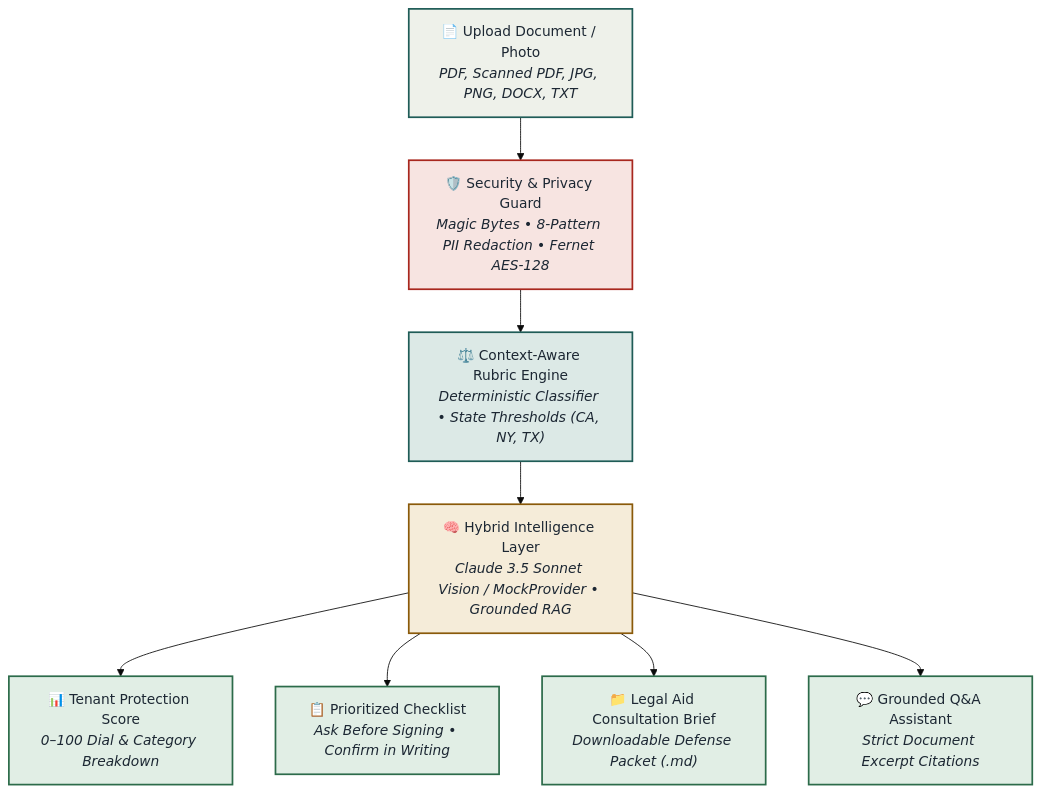
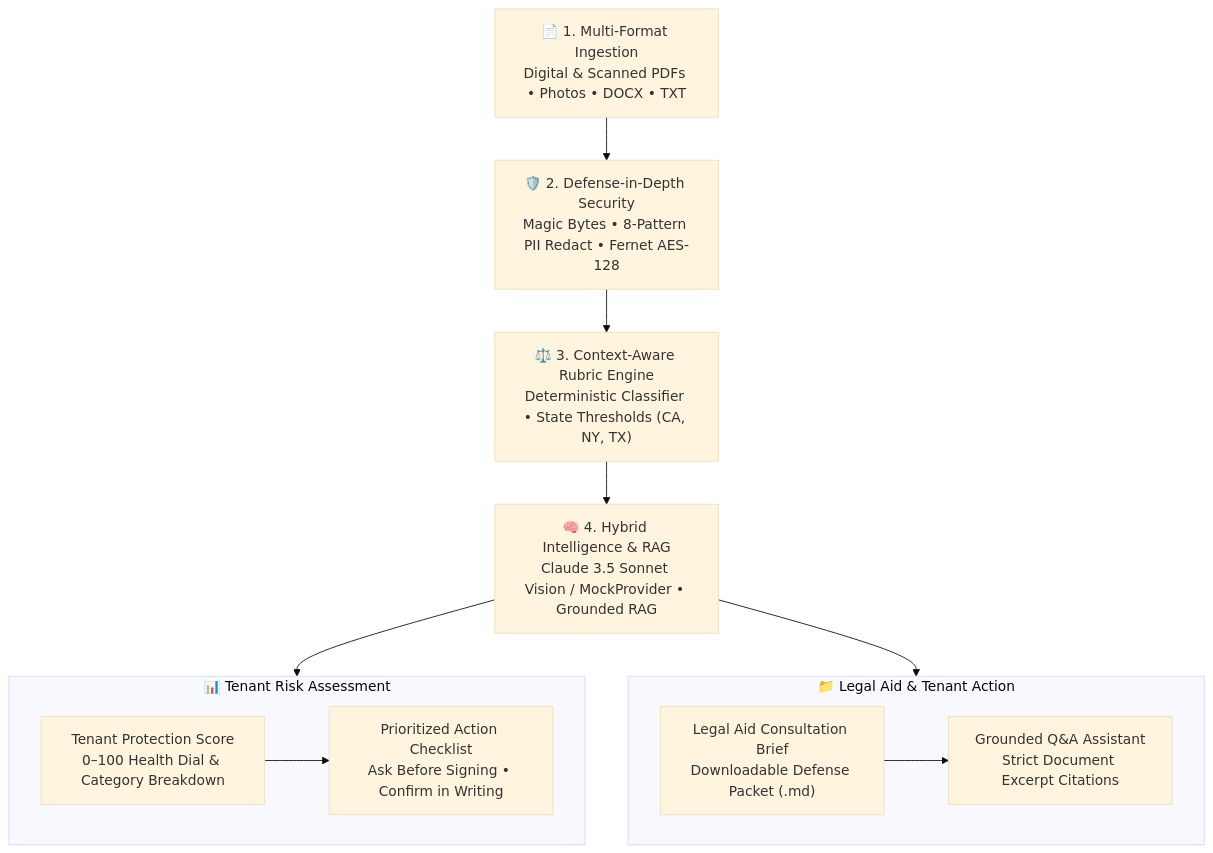
One commit to MSGitHub127/LeaseLens changed the diagram in README.md. Above: the diagram before and after it, drawn with Mermaid (base theme). The commit also changed other lines of this file and 1 other file, not shown here.

Commit message:
docs: fix dark mode diagram contrast, compact deliverable layout, and add vector architecture graphic

````diff
--- a/README.md
+++ b/README.md
@@ -88,20 +51,21 @@
 ```mermaid
-graph TD
-    A["📄 Upload Document / Photo<br/><i>PDF, Scanned PDF, JPG, PNG, DOCX, TXT</i>"] --> B["🛡️ Security & Privacy Guard<br/><i>Magic Bytes • 8-Pattern PII Redaction • Fernet AES-128</i>"]
-    B --> C["⚖️ Context-Aware Rubric Engine<br/><i>Deterministic Classifier • State Thresholds (CA, NY, TX)</i>"]
-    C --> D["🧠 Hybrid Intelligence Layer<br/><i>Claude 3.5 Sonnet Vision / MockProvider • Grounded RAG</i>"]
-    
-    D --> E1["📊 Tenant Protection Score<br/><i>0–100 Dial & Category Breakdown</i>"]
-    D --> E2["📋 Prioritized Checklist<br/><i>Ask Before Signing • Confirm in Writing</i>"]
-    D --> E3["📁 Legal Aid Consultation Brief<br/><i>Downloadable Defense Packet (.md)</i>"]
-    D --> E4["💬 Grounded Q&A Assistant<br/><i>Strict Document Excerpt Citations</i>"]
+flowchart TD
+    A["📄 1. Multi-Format Ingestion<br/>Digital & Scanned PDFs • Photos • DOCX • TXT"] --> B["🛡️ 2. Defense-in-Depth Security<br/>Magic Bytes • 8-Pattern PII Redact • Fernet AES-128"]
+    B --> C["⚖️ 3. Context-Aware Rubric Engine<br/>Deterministic Classifier • State Thresholds (CA, NY, TX)"]
+    C --> D["🧠 4. Hybrid Intelligence & RAG<br/>Claude 3.5 Sonnet Vision / MockProvider • Grounded RAG"]
 
-    style A fill:#EEF1EA,stroke:#1F5C57,stroke-width:2px,color:#1C2733
-    style B fill:#F7E4E1,stroke:#A8271E,stroke-width:2px,color:#1C2733
-    style C fill:#DCE9E6,stroke:#1F5C57,stroke-width:2px,color:#1C2733
-    style D fill:#F5ECD9,stroke:#8A5A0A,stroke-width:2px,color:#1C2733
-    style E1 fill:#E1EEE5,stroke:#2C6B4A,stroke-width:2px,color:#1C2733
-    style E2 fill:#E1EEE5,stroke:#2C6B4A,stroke-width:2px,color:#1C2733
-    style E3 fill:#E1EEE5,stroke:#2C6B4A,stroke-width:2px,color:#1C2733
-    style E4 fill:#E1EEE5,stroke:#2C6B4A,stroke-width:2px,color:#1C2733
+    subgraph Assessment["📊 Tenant Risk Assessment"]
+        E1["Tenant Protection Score<br/>0–100 Health Dial & Category Breakdown"]
+        E2["Prioritized Action Checklist<br/>Ask Before Signing • Confirm in Writing"]
+        E1 --> E2
+    end
+
+    subgraph Defense["📁 Legal Aid & Tenant Action"]
+        E3["Legal Aid Consultation Brief<br/>Downloadable Defense Packet (.md)"]
+        E4["Grounded Q&A Assistant<br/>Strict Document Excerpt Citations"]
+        E3 --> E4
+    end
+
+    D --> Assessment
+    D --> Defense
 ```
````
